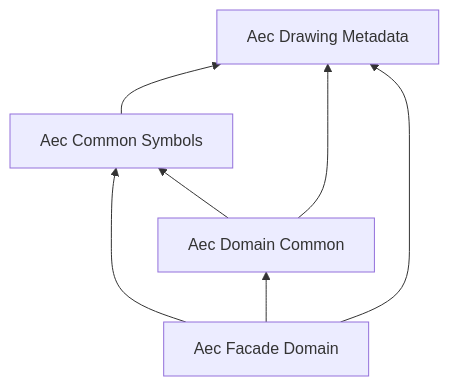
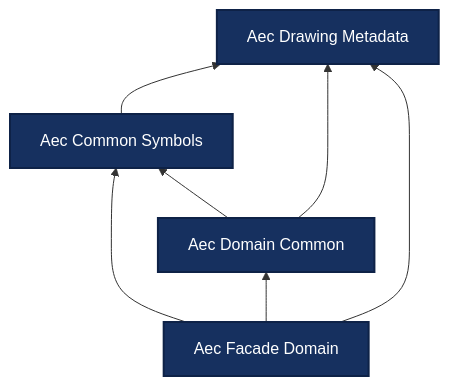
One commit to BuroHappoldMachineLearning/ADIRO changed the diagram in docs/ontologies/index.md. Above: the diagram before and after it, drawn with Mermaid. The commit also changed 5 other files, not shown here.

First line of the commit message:
docs: orange highlight for current ontology, blue for others in diagrams

````diff
--- a/docs/ontologies/index.md
+++ b/docs/ontologies/index.md
@@ -9,13 +9,15 @@
 ```mermaid
 graph BT
     aec_drawing_metadata["Aec Drawing Metadata"]
     aec_common_symbols["Aec Common Symbols"]
     aec_domain_common["Aec Domain Common"]
     aec_facade_domain["Aec Facade Domain"]
     aec_common_symbols --> aec_drawing_metadata
     aec_domain_common --> aec_common_symbols
     aec_domain_common --> aec_drawing_metadata
     aec_facade_domain --> aec_common_symbols
     aec_facade_domain --> aec_domain_common
     aec_facade_domain --> aec_drawing_metadata
+    classDef base fill:#16305f,stroke:#0e2247,stroke-width:2px,color:#ffffff;
+    class aec_drawing_metadata,aec_common_symbols,aec_domain_common,aec_facade_domain base;
 ```
````
